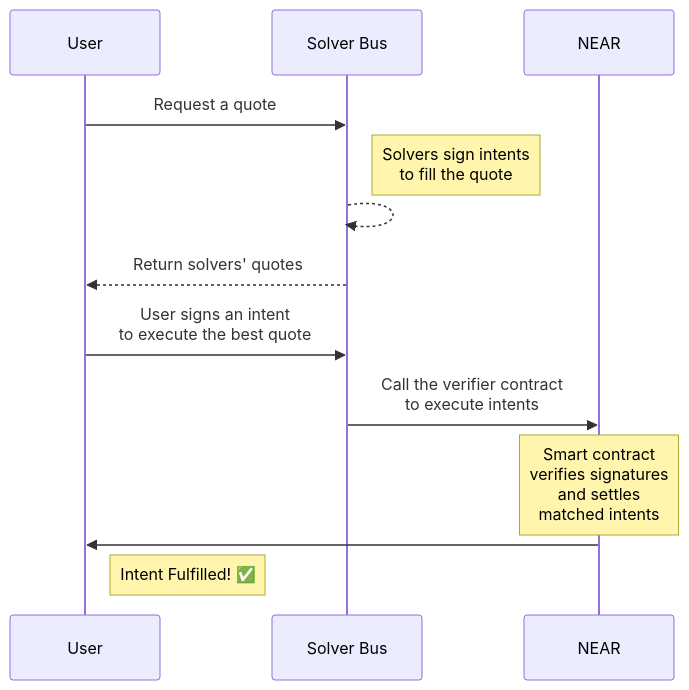
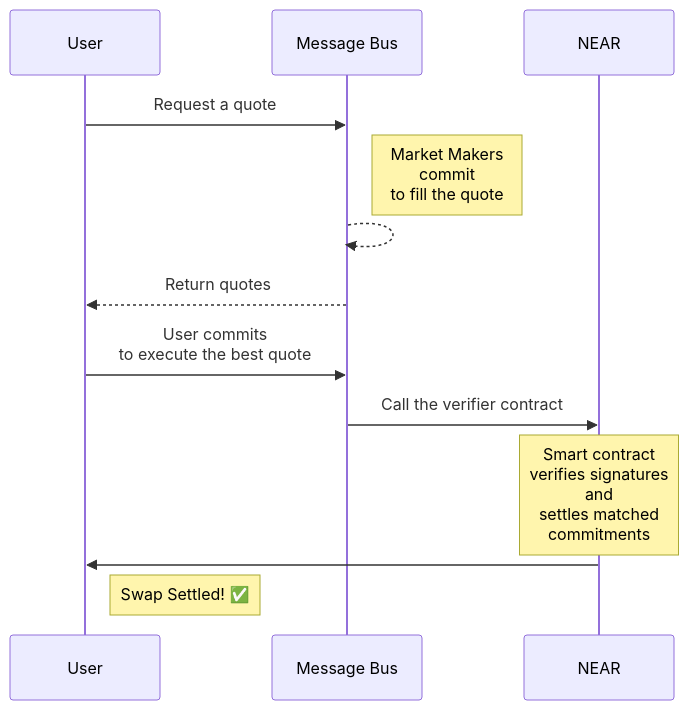
The diagram in README.md (defuse-protocol/docs), drawn with Mermaid before and after one commit. The commit also changed other lines of this file, not shown here.

Commit message:
GITBOOK-102: No subject

````diff
--- a/README.md
+++ b/README.md
@@ -13,19 +16,19 @@
 ```mermaid
 sequenceDiagram
     participant User
-    participant Solver Bus
+    participant Message Bus
     participant NEAR
 
-    User->>Solver Bus: Request a quote
-    note right of Solver Bus: Solvers sign intents <br> to fill the quote
-    Solver Bus-->>Solver Bus: 
-    Solver Bus-->>User: Return solvers' quotes
-    User->>Solver Bus: User signs an intent <br> to execute the best quote
-    Solver Bus->>NEAR: Call the verifier contract <br> to execute intents
+    User->>Message Bus: Request a quote
+    note right of Message Bus: Market Makers <br> commit <br> to fill the quote
+    Message Bus-->>Message Bus: 
+    Message Bus-->>User: Return quotes
+    User->>Message Bus: User commits <br> to execute the best quote
+    Message Bus->>NEAR: Call the verifier contract
 
 
-    note over NEAR: Smart contract <br> verifies signatures <br> and settles <br> matched intents
+    note over NEAR: Smart contract <br> verifies signatures <br> and <br> settles matched <br> commitments
     NEAR ->>User: 
-    note right of User: Intent Fulfilled! ✅
+    note right of User: Swap Settled! ✅
 
 ```
````
